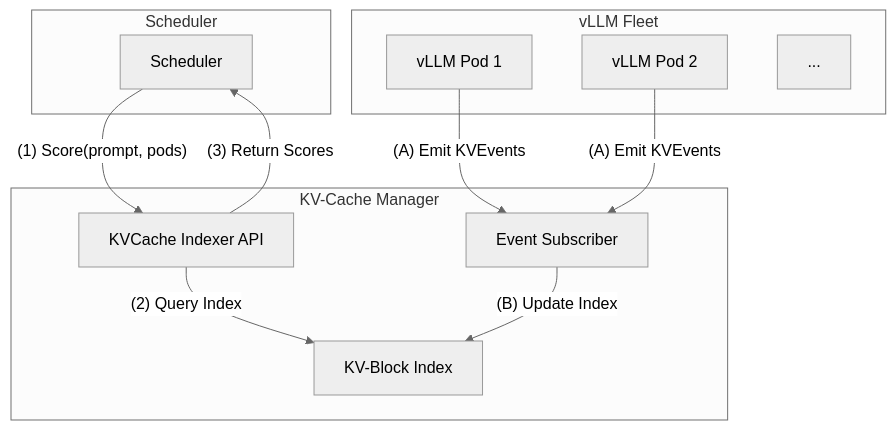
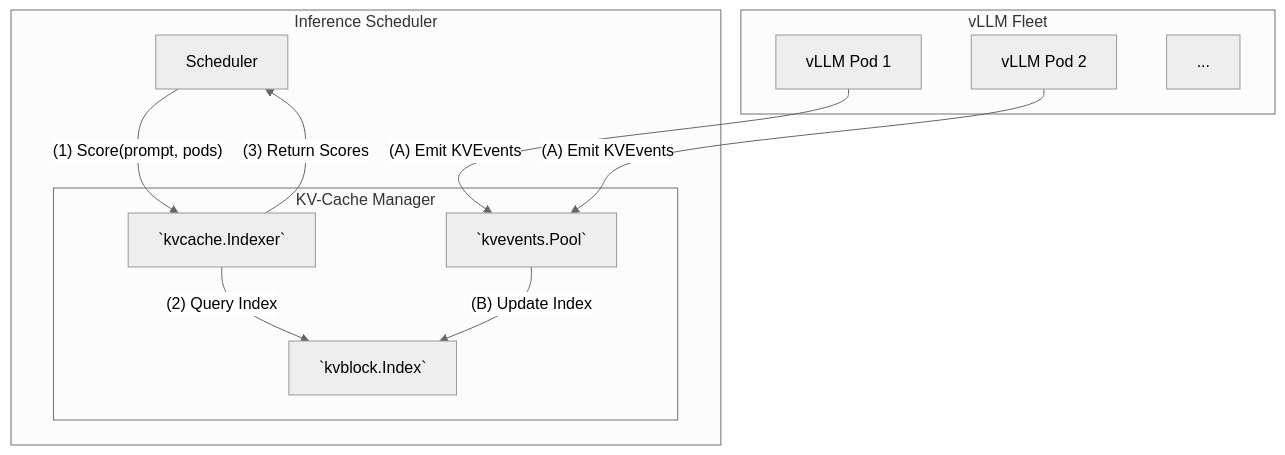
The diagram in README.md (zetxqx/llm-d-kv-cache-manager), drawn with Mermaid (neutral theme) before and after one commit.

Commit message:
fix diagram clarity (#78)

````diff
--- a/README.md
+++ b/README.md
@@ -32,26 +32,26 @@
 ```mermaid
 graph TD
-    subgraph "Scheduler"
+    subgraph "Inference Scheduler"
         A[Scheduler]
-    end
 
-    subgraph "KV-Cache Manager"
-        B[KVCache Indexer API]
-        C[KV-Block Index]
-        D[Event Subscriber]
+        subgraph "KV-Cache Manager"
+            B[`kvcache.Indexer`]
+            C[`kvblock.Index`]
+            D[`kvevents.Pool`]
+        end
     end
 
     subgraph "vLLM Fleet"
         E[vLLM Pod 1]
         F[vLLM Pod 2]
         G[...]
     end
 
     A -->|"(1) Score(prompt, pods)"| B
     B -->|"(2) Query Index"| C
     B -->|"(3) Return Scores"| A
     
     E -->|"(A) Emit KVEvents"| D
     F -->|"(A) Emit KVEvents"| D
     D -->|"(B) Update Index"| C
 ```
````
